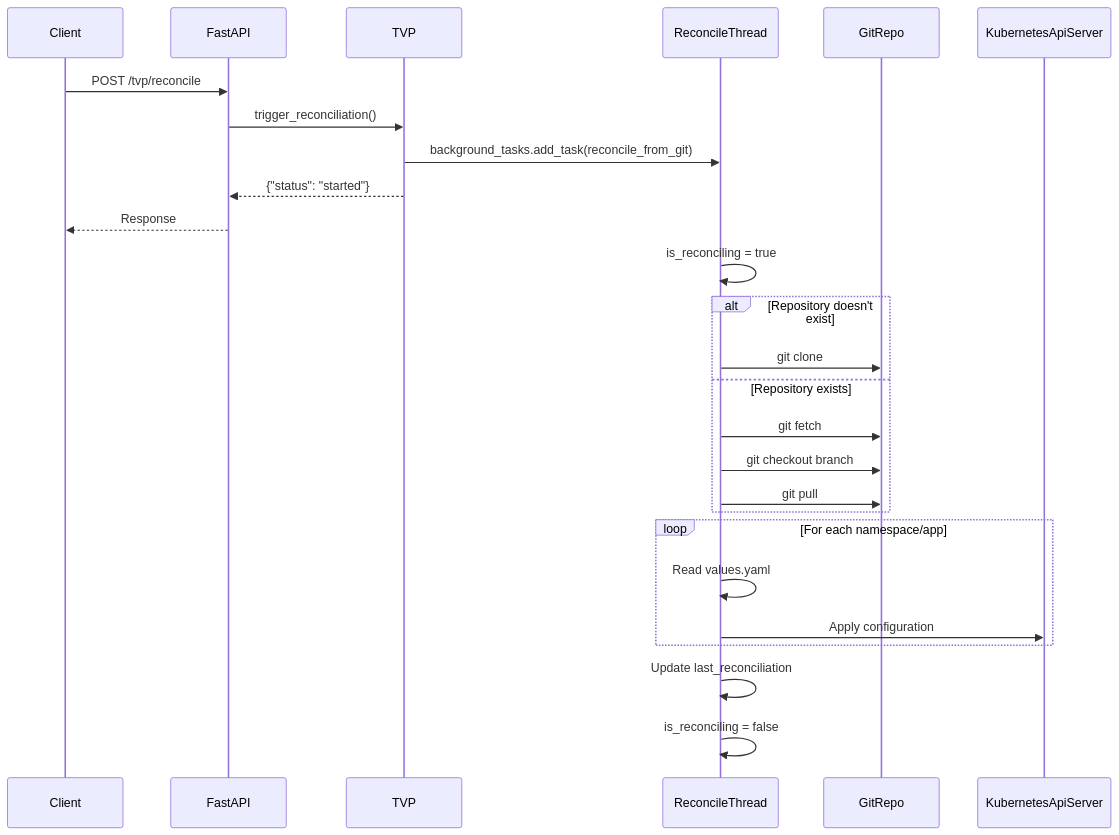
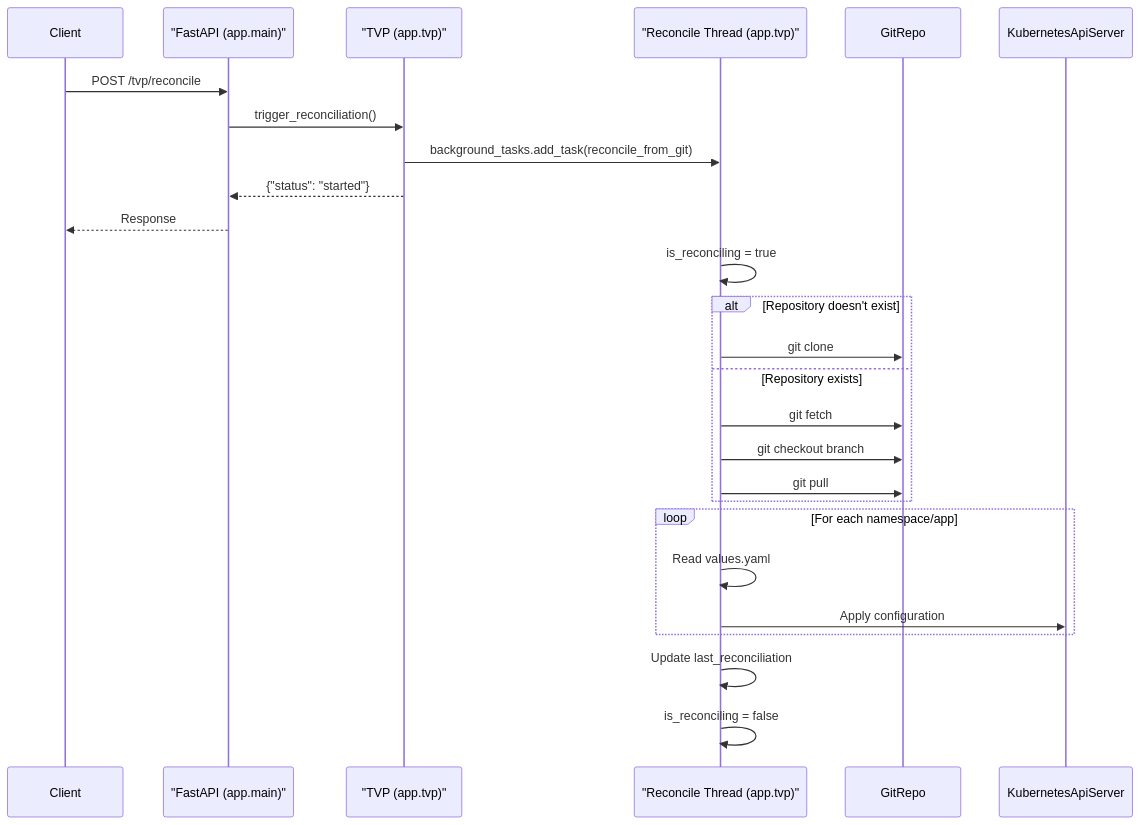
One commit to lloydchang/tvp-k8s changed the third of 11 diagrams in README.md. Above: the diagram before and after it, drawn with Mermaid. The commit also changed other lines of this file and 7 other files, not shown here.

````diff
--- a/README.md
+++ b/README.md
@@ -401,33 +401,33 @@
 ```mermaid
 sequenceDiagram
     participant Client
-    participant FastAPI
-    participant TVP
-    participant ReconcileThread
+    participant FastAPI as "FastAPI (app.main)"
+    participant TVP as "TVP (app.tvp)"
+    participant ReconcileThread as "Reconcile Thread (app.tvp)"
     participant GitRepo
     participant KubernetesApiServer
     
     Client->>FastAPI: POST /tvp/reconcile
     FastAPI->>TVP: trigger_reconciliation()
     TVP->>ReconcileThread: background_tasks.add_task(reconcile_from_git)
     TVP-->>FastAPI: {"status": "started"}
     FastAPI-->>Client: Response
     
     ReconcileThread->>ReconcileThread: is_reconciling = true
     
     alt Repository doesn't exist
         ReconcileThread->>GitRepo: git clone
     else Repository exists
         ReconcileThread->>GitRepo: git fetch
         ReconcileThread->>GitRepo: git checkout branch
         ReconcileThread->>GitRepo: git pull
     end
     
     loop For each namespace/app
         ReconcileThread->>ReconcileThread: Read values.yaml
         ReconcileThread->>KubernetesApiServer: Apply configuration
     end
     
     ReconcileThread->>ReconcileThread: Update last_reconciliation
     ReconcileThread->>ReconcileThread: is_reconciling = false
 ```
````
